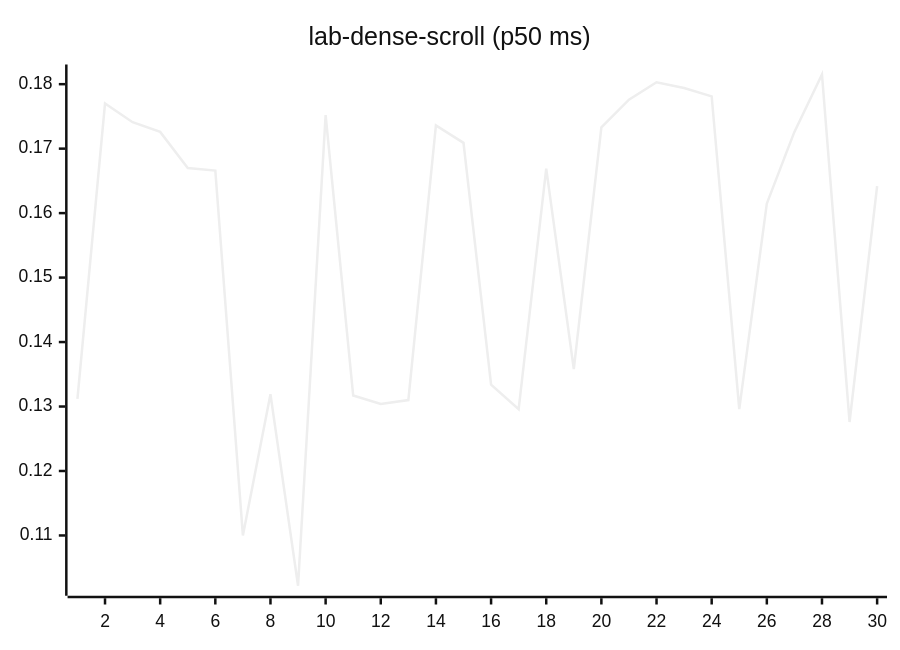
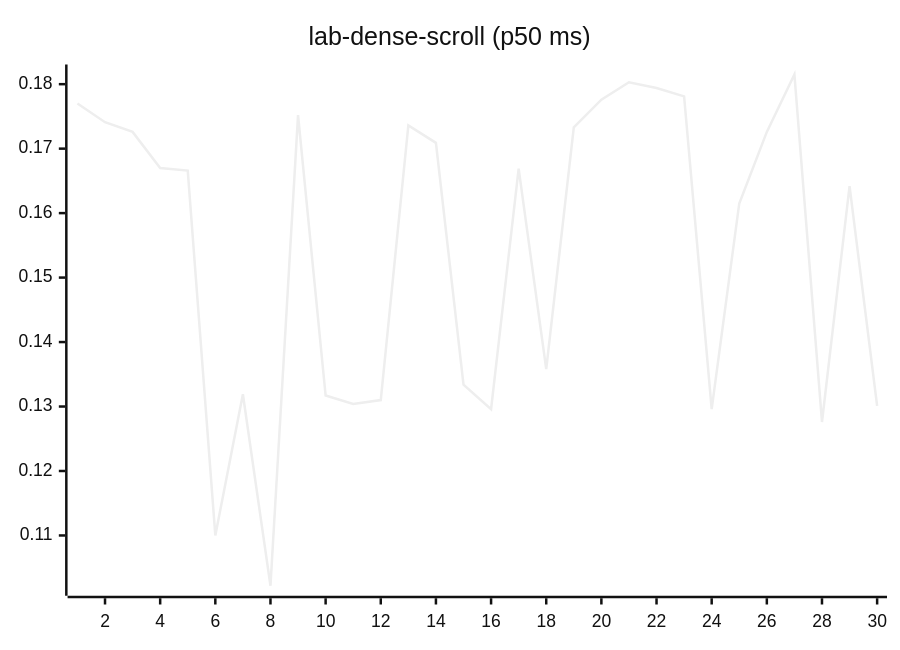
Before and after one commit to josha/Facet: diagram 12 of 27 in README.md, drawn with Mermaid (neutral theme). The commit also changed other lines of this file and 2 other files, not shown here.

````diff
--- a/README.md
+++ b/README.md
@@ -140,6 +140,6 @@
 ```mermaid
 xychart-beta
     title "lab-dense-scroll (p50 ms)"
     x-axis 1 --> 30
-    line [0.1312, 0.1770, 0.1741, 0.1726, 0.1670, 0.1666, 0.1100, 0.1319, 0.1022, 0.1752, 0.1317, 0.1304, 0.1310, 0.1736, 0.1709, 0.1334, 0.1296, 0.1669, 0.1358, 0.1733, 0.1776, 0.1803, 0.1794, 0.1781, 0.1296, 0.1615, 0.1726, 0.1815, 0.1276, 0.1642]
+    line [0.1770, 0.1741, 0.1726, 0.1670, 0.1666, 0.1100, 0.1319, 0.1022, 0.1752, 0.1317, 0.1304, 0.1310, 0.1736, 0.1709, 0.1334, 0.1296, 0.1669, 0.1358, 0.1733, 0.1776, 0.1803, 0.1794, 0.1781, 0.1296, 0.1615, 0.1726, 0.1815, 0.1276, 0.1642, 0.1301]
 ```
````
